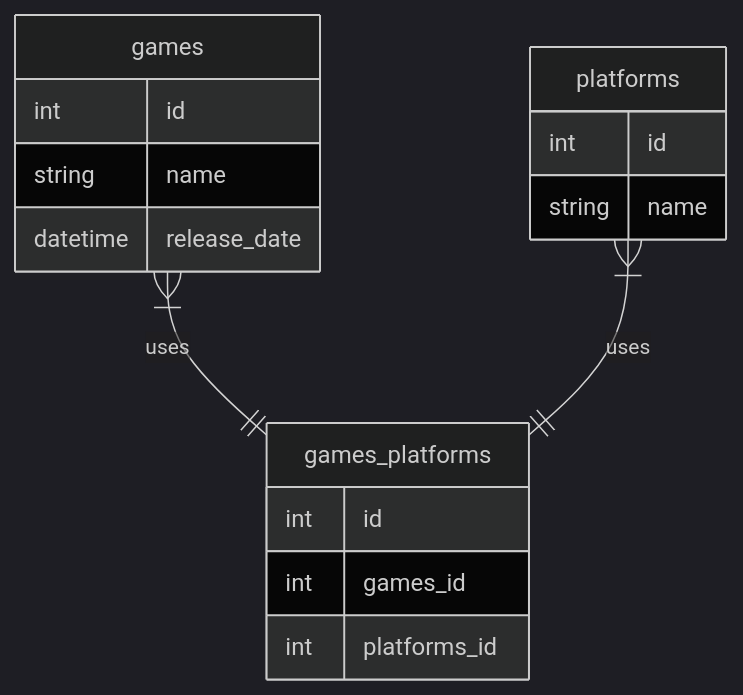
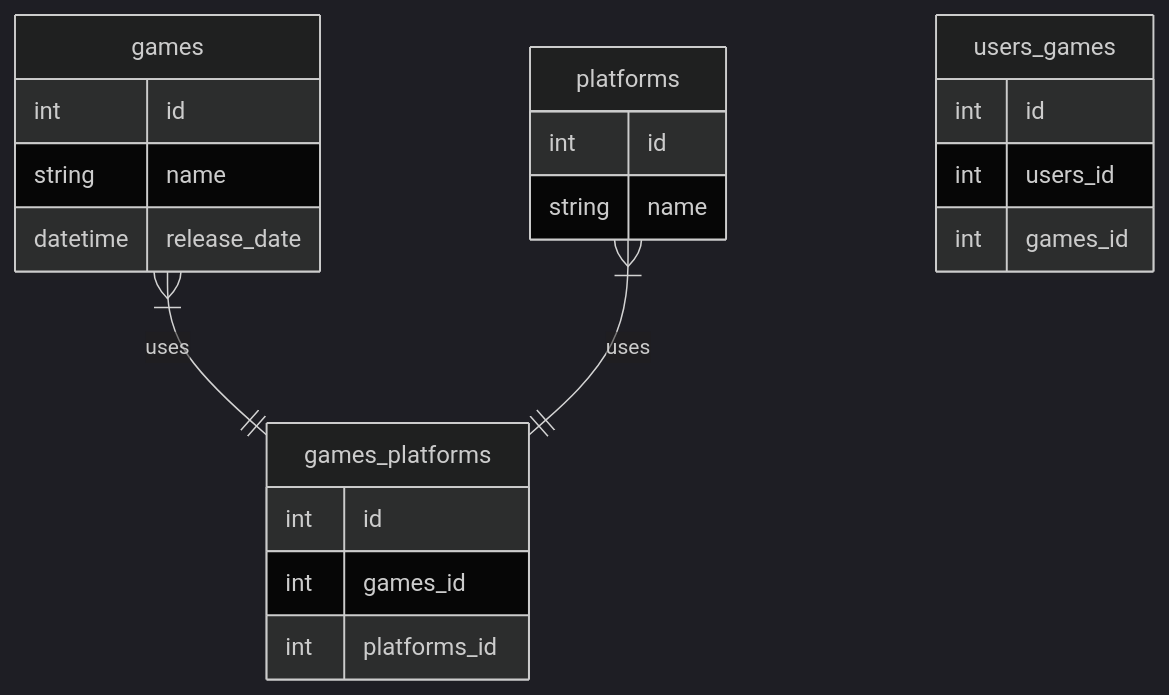
The second of 2 diagrams in README.md (Haikira/VGLogger), drawn with Mermaid before and after one commit.

````diff
--- a/README.md
+++ b/README.md
@@ -39,24 +39,29 @@
 ``` mermaid
 %%{init: {'theme': 'dark' } }%%
 
 erDiagram
 
         games {
                 int id
                 string name
                 datetime release_date
         }
         platforms {
                 int id
                 string name                
         }
         games_platforms {
                 int id
                 int games_id
                 int platforms_id
         }
+        users_games {
+                int id
+                int users_id
+                int games_id
+        }
         
         games }|--|| games_platforms: "uses"
         platforms }|--|| games_platforms: "uses"
 
 ```
````
